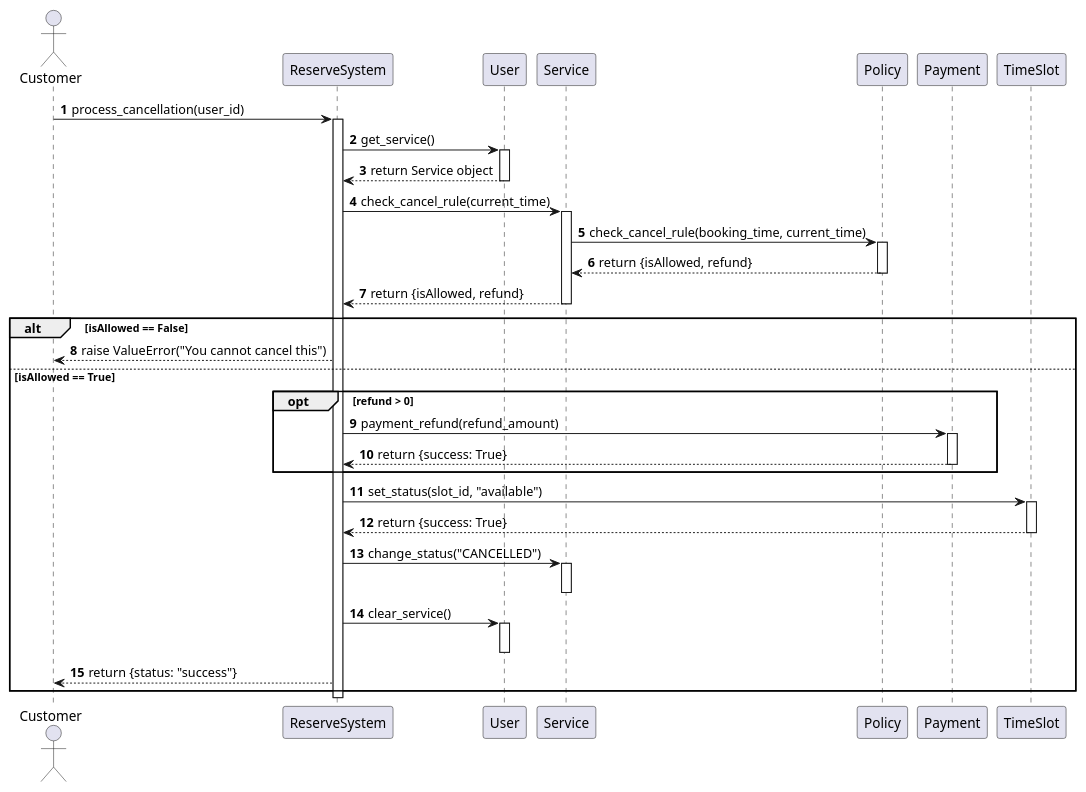
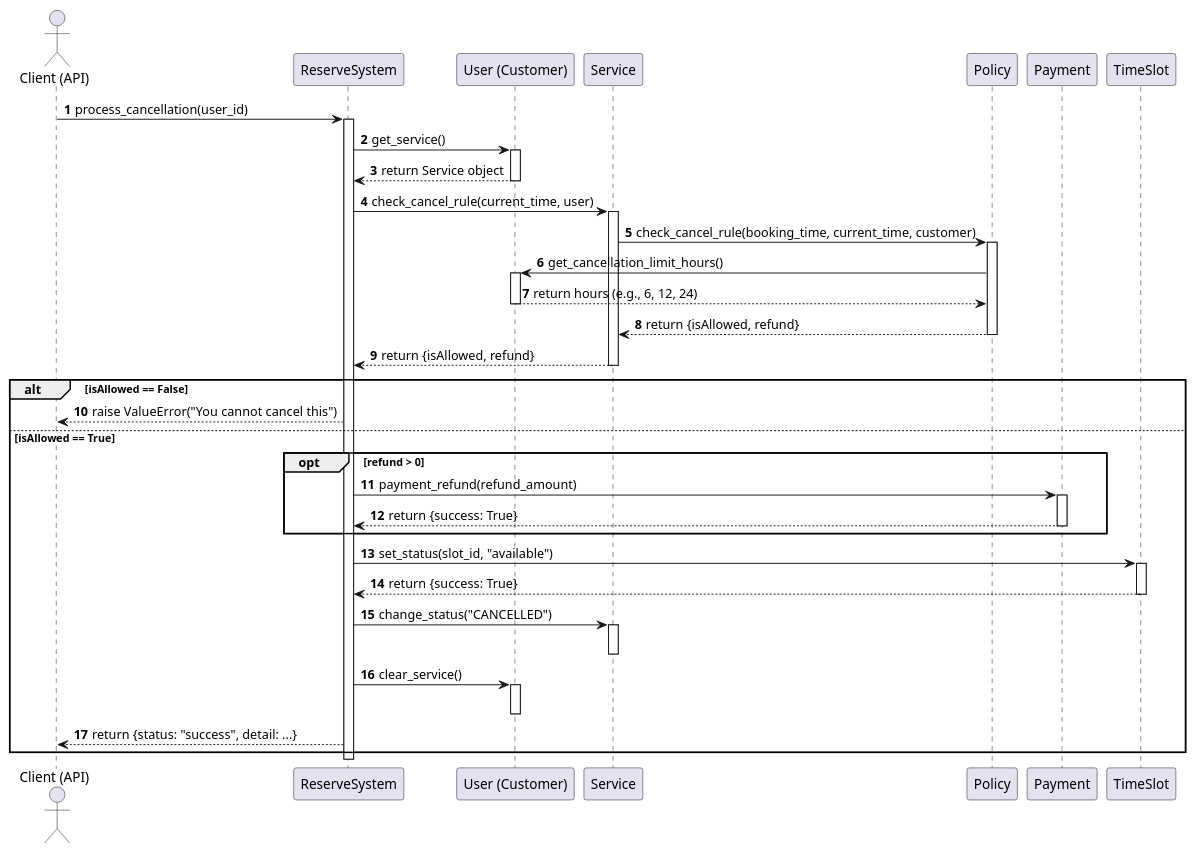
Before and after one commit to pjngth998/RhythmReserve: the diagram in diagram/sequence_diagram/cancel_booking.puml, drawn with PlantUML.

Commit message:
edit again

```diff
--- a/diagram/sequence_diagram/cancel_booking.puml
+++ b/diagram/sequence_diagram/cancel_booking.puml
@@ -1,56 +1,68 @@
 @startuml cancel_booking
 autonumber
-actor Customer as C
+actor "Client (API)" as C
 participant ReserveSystem as RS
-participant User as U
+participant "User (Customer)" as U
 participant Service as S
 participant Policy as Pol
 participant Payment as Pay
 participant TimeSlot as TS
 
 C->RS : process_cancellation(user_id)
 activate RS
 
+' 1. หา User และ Service
 RS -> U: get_service()
 activate U
 U --> RS: return Service object
 deactivate U
 
-RS -> S: check_cancel_rule(current_time)
+' 2. เช็คเงื่อนไข (ส่ง user เข้าไปใน Chain)
+RS -> S: check_cancel_rule(current_time, user)
 activate S
-S -> Pol: check_cancel_rule(booking_time, current_time)
+
+S -> Pol: check_cancel_rule(booking_time, current_time, customer)
 activate Pol
+
+' [POINT OF CHANGE] Policy ถาม User กลับว่ามี limit กี่ชั่วโมง
+Pol -> U : get_cancellation_limit_hours()
+activate U
+U --> Pol : return hours (e.g., 6, 12, 24)
+deactivate U
+
 Pol --> S : return {isAllowed, refund}
 deactivate Pol
+
 S --> RS : return {isAllowed, refund}
 deactivate S
 
+' 3. ดำเนินการตามผลลัพธ์
 alt isAllowed == False
     RS --> C: raise ValueError("You cannot cancel this")
 
 else isAllowed == True
 
     opt refund > 0
         RS -> Pay : payment_refund(refund_amount)
         activate Pay
         Pay --> RS: return {success: True}
         deactivate Pay
     end
 
     RS -> TS: set_status(slot_id, "available")
     activate TS
     TS --> RS : return {success: True}
     deactivate TS
 
     RS -> S : change_status("CANCELLED")
     activate S
     deactivate S
 
     RS -> U : clear_service()
     activate U
     deactivate U
 
-    RS --> C : return {status: "success"}
+    RS --> C : return {status: "success", detail: ...}
 end
 deactivate RS
 @enduml
```
